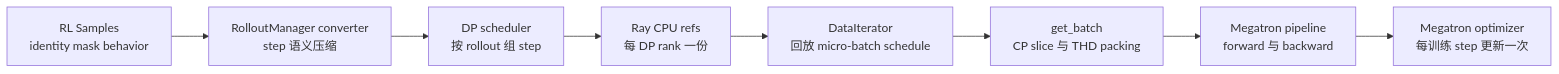
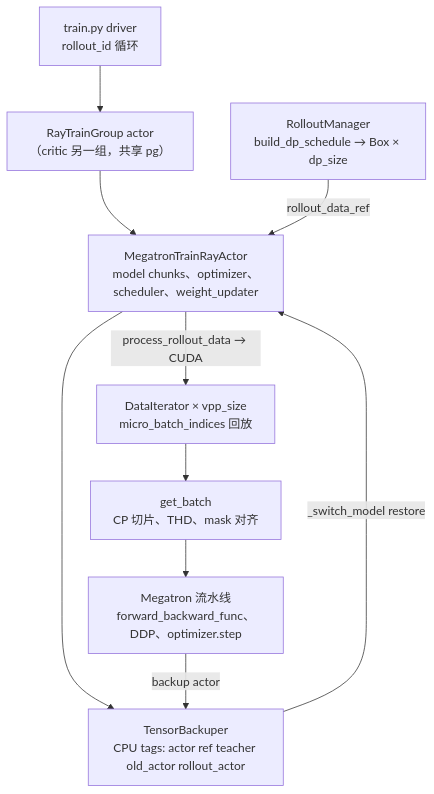
The diagram in wiki/02_engineering/04_posttrain_frameworks/slime/14_slime_megatron_training_analysis.md (suhaibo666/llm-knowledge), drawn with Mermaid before and after one commit. The commit also changed other lines of this file and 89 other files, not shown here.

````diff
--- a/wiki/02_engineering/04_posttrain_frameworks/slime/14_slime_megatron_training_analysis.md
+++ b/wiki/02_engineering/04_posttrain_frameworks/slime/14_slime_megatron_training_analysis.md
@@ -31,10 +196,17 @@
 ```mermaid
-flowchart LR
-    SM["RL Samples<br/>identity mask behavior"] --> CV["RolloutManager converter<br/>step 语义压缩"]
-    CV --> SC["DP scheduler<br/>按 rollout 组 step"]
-    SC --> RF["Ray CPU refs<br/>每 DP rank 一份"]
-    RF --> DI["DataIterator<br/>回放 micro-batch schedule"]
-    DI --> PK["get_batch<br/>CP slice 与 THD packing"]
-    PK --> FB["Megatron pipeline<br/>forward 与 backward"]
-    FB --> OP["Megatron optimizer<br/>每训练 step 更新一次"]
+flowchart TB
+    DR["train.py driver<br/>rollout_id 循环"]
+    AG["RayTrainGroup actor<br/>（critic 另一组，共享 pg）"]
+    TA["MegatronTrainRayActor<br/>model chunks、optimizer、scheduler、weight_updater"]
+    TB["TensorBackuper<br/>CPU tags: actor ref teacher old_actor rollout_actor"]
+    RM["RolloutManager<br/>build_dp_schedule → Box × dp_size"]
+    DI["DataIterator × vpp_size<br/>micro_batch_indices 回放"]
+    GB["get_batch<br/>CP 切片、THD、mask 对齐"]
+    MG["Megatron 流水线<br/>forward_backward_func、DDP、optimizer.step"]
+    DR --> AG --> TA
+    TA --> TB
+    RM -->|rollout_data_ref| TA
+    TA -->|process_rollout_data → CUDA| DI --> GB --> MG
+    TB -->|_switch_model restore| TA
+    MG -->|backup actor| TB
 ```
````
